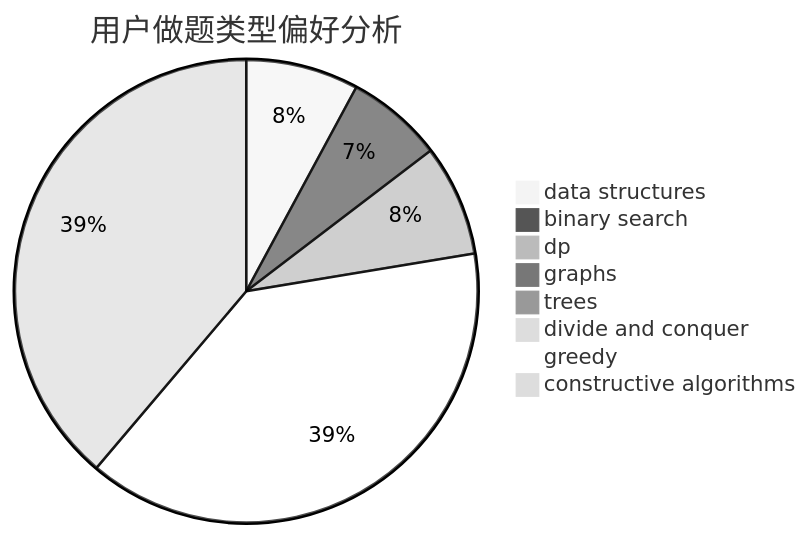
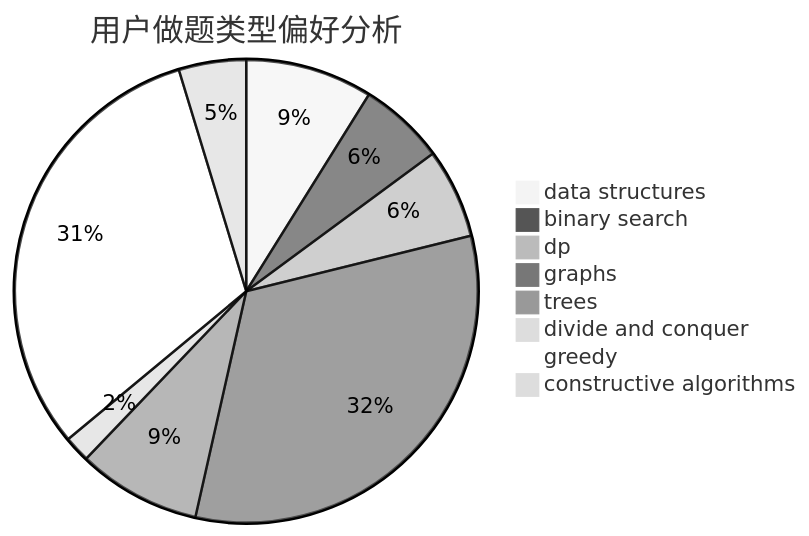
The second of 3 diagrams in docs/user/u617.md (sherpahu/cfrs.github.io), drawn with Mermaid (neutral theme) before and after one commit. The commit also changed other lines of this file and 2770 other files, not shown here.

````diff
--- a/docs/user/u617.md
+++ b/docs/user/u617.md
@@ -23,11 +23,11 @@
 ```mermaid
 pie title 用户做题类型偏好分析
-    "data structures" :  70
-    "binary search" :  60
-    "dp" :  69
-    "graphs" :  4
-    "trees" :  0
-    "divide and conquer" :  0
-    "greedy" :  345
-    "constructive algorithms" :  345
+    "data structures" :  34
+    "binary search" :  23
+    "dp" :  24
+    "graphs" :  124
+    "trees" :  33
+    "divide and conquer" :  7
+    "greedy" :  120
+    "constructive algorithms" :  18
 ```
````
